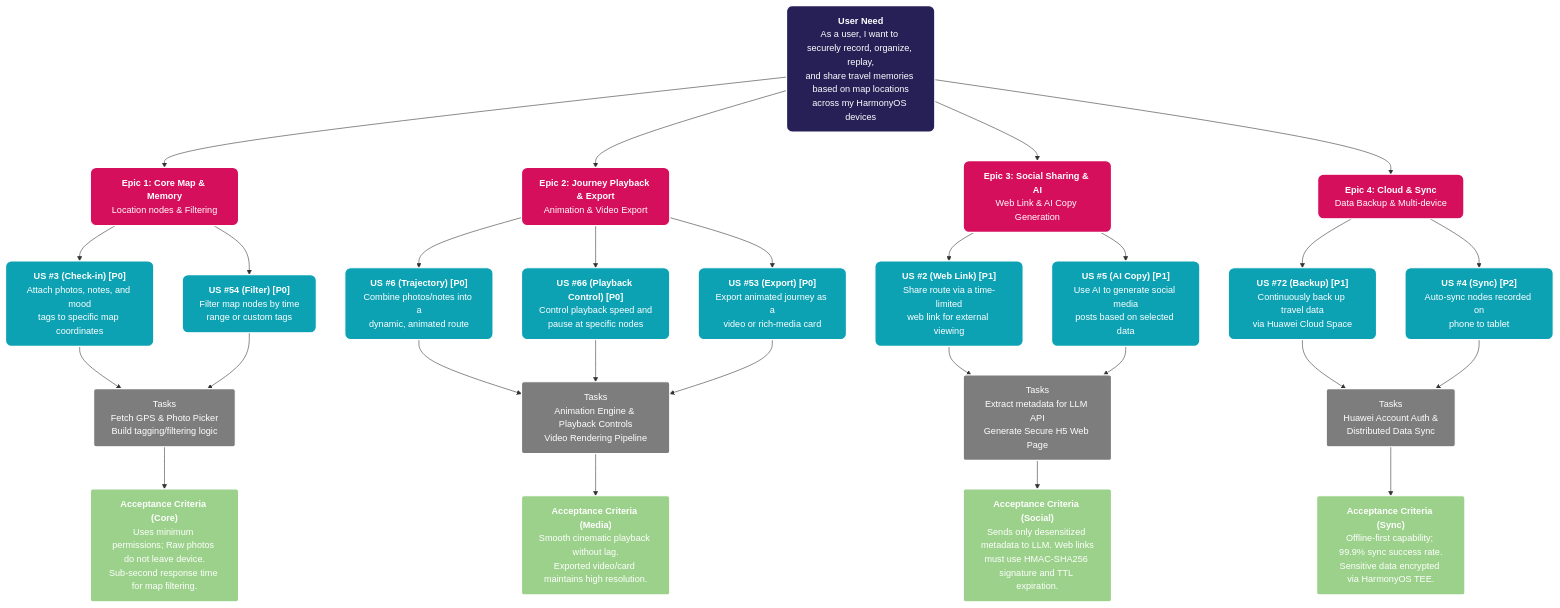
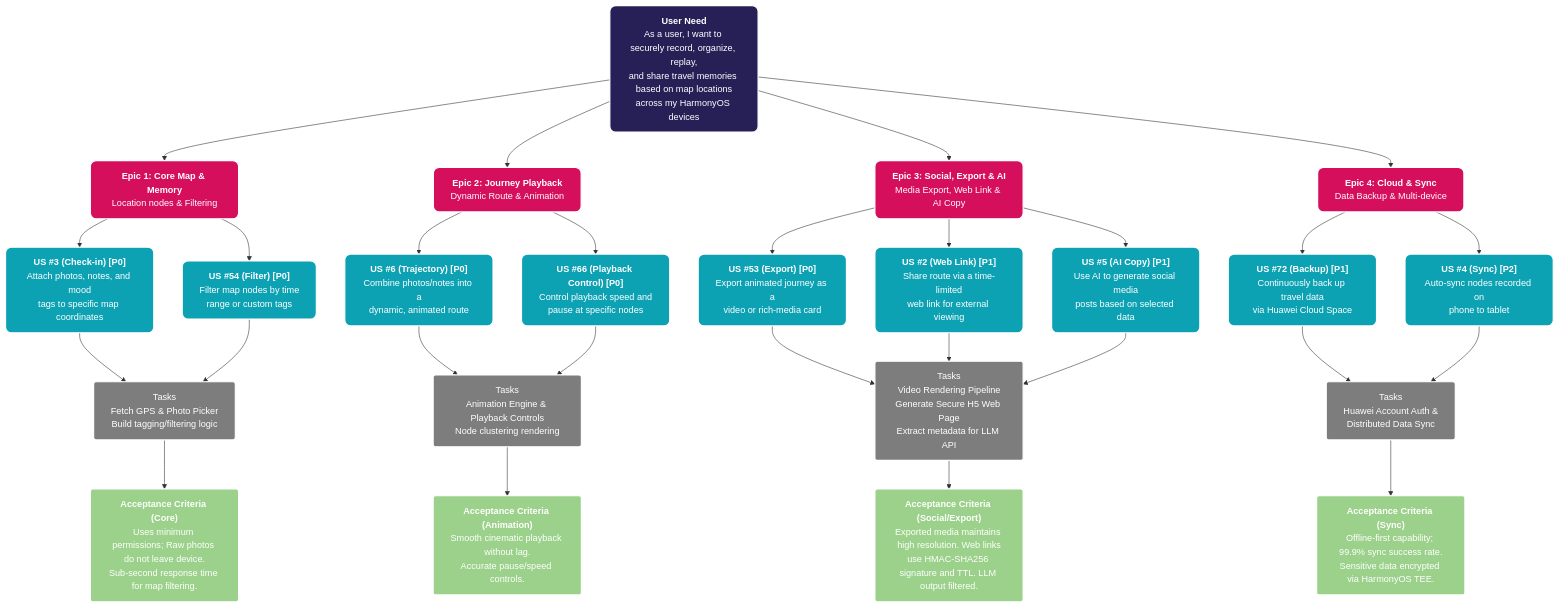
One commit to sustech-cs304/team-project-26spring-26s-7 changed the diagram in structure/user_story_map.md. Above: the diagram before and after it, drawn with Mermaid.

```diff
--- a/structure/user_story_map.md
+++ b/structure/user_story_map.md
@@ -14,10 +14,10 @@
     %% 高层用户需求
     UN["<b>User Need</b><br/>As a user, I want to securely record, organize, replay,<br/>and share travel memories based on map locations<br/>across my HarmonyOS devices"]:::need
 
-    %% 史诗 Epic 划分 (重构为 4 个模块)
+    %% 史诗 Epic 划分 (重构 Epic 2 和 Epic 3 的边界)
     E1["<b>Epic 1: Core Map & Memory</b><br/>Location nodes & Filtering"]:::epic
-    E2["<b>Epic 2: Journey Playback & Export</b><br/>Animation & Video Export"]:::epic
-    E3["<b>Epic 3: Social Sharing & AI</b><br/>Web Link & AI Copy Generation"]:::epic
+    E2["<b>Epic 2: Journey Playback</b><br/>Dynamic Route & Animation"]:::epic
+    E3["<b>Epic 3: Social, Export & AI</b><br/>Media Export, Web Link & AI Copy"]:::epic
     E4["<b>Epic 4: Cloud & Sync</b><br/>Data Backup & Multi-device"]:::epic
 
     UN --> E1
@@ -35,16 +35,16 @@
     %% ================= Epic 2 =================
     US3["<b>US #6 (Trajectory) [P0]</b><br/>Combine photos/notes into a<br/>dynamic, animated route"]:::story
     US4["<b>US #66 (Playback Control) [P0]</b><br/>Control playback speed and<br/>pause at specific nodes"]:::story
-    US5["<b>US #53 (Export) [P0]</b><br/>Export animated journey as a<br/>video or rich-media card"]:::story
 
     E2 --> US3
     E2 --> US4
-    E2 --> US5
 
     %% ================= Epic 3 =================
+    US5["<b>US #53 (Export) [P0]</b><br/>Export animated journey as a<br/>video or rich-media card"]:::story
     US6["<b>US #2 (Web Link) [P1]</b><br/>Share route via a time-limited<br/>web link for external viewing"]:::story
     US7["<b>US #5 (AI Copy) [P1]</b><br/>Use AI to generate social media<br/>posts based on selected data"]:::story
 
+    E3 --> US5
     E3 --> US6
     E3 --> US7
 
@@ -57,8 +57,8 @@
 
     %% ================= Tasks =================
     T1["Tasks<br/>Fetch GPS & Photo Picker<br/>Build tagging/filtering logic"]:::task
-    T2["Tasks<br/>Animation Engine & Playback Controls<br/>Video Rendering Pipeline"]:::task
-    T3["Tasks<br/>Extract metadata for LLM API<br/>Generate Secure H5 Web Page"]:::task
+    T2["Tasks<br/>Animation Engine & Playback Controls<br/>Node clustering rendering"]:::task
+    T3["Tasks<br/>Video Rendering Pipeline<br/>Generate Secure H5 Web Page<br/>Extract metadata for LLM API"]:::task
     T4["Tasks<br/>Huawei Account Auth &<br/>Distributed Data Sync"]:::task
 
     US1 --> T1
@@ -66,8 +66,8 @@
     
     US3 --> T2
     US4 --> T2
-    US5 --> T2
     
+    US5 --> T3
     US6 --> T3
     US7 --> T3
     
@@ -76,8 +76,8 @@
 
     %% ================= Acceptance Criteria =================
     AC1["<b>Acceptance Criteria (Core)</b><br/>Uses minimum permissions; Raw photos do not leave device.<br/>Sub-second response time for map filtering."]:::criteria
-    AC2["<b>Acceptance Criteria (Media)</b><br/>Smooth cinematic playback without lag.<br/>Exported video/card maintains high resolution."]:::criteria
-    AC3["<b>Acceptance Criteria (Social)</b><br/>Sends only desensitized metadata to LLM. Web links<br/>must use HMAC-SHA256 signature and TTL expiration."]:::criteria
+    AC2["<b>Acceptance Criteria (Animation)</b><br/>Smooth cinematic playback without lag.<br/>Accurate pause/speed controls."]:::criteria
+    AC3["<b>Acceptance Criteria (Social/Export)</b><br/>Exported media maintains high resolution. Web links<br/>use HMAC-SHA256 signature and TTL. LLM output filtered."]:::criteria
     AC4["<b>Acceptance Criteria (Sync)</b><br/>Offline-first capability; 99.9% sync success rate.<br/>Sensitive data encrypted via HarmonyOS TEE."]:::criteria
 
     T1 --> AC1
```
